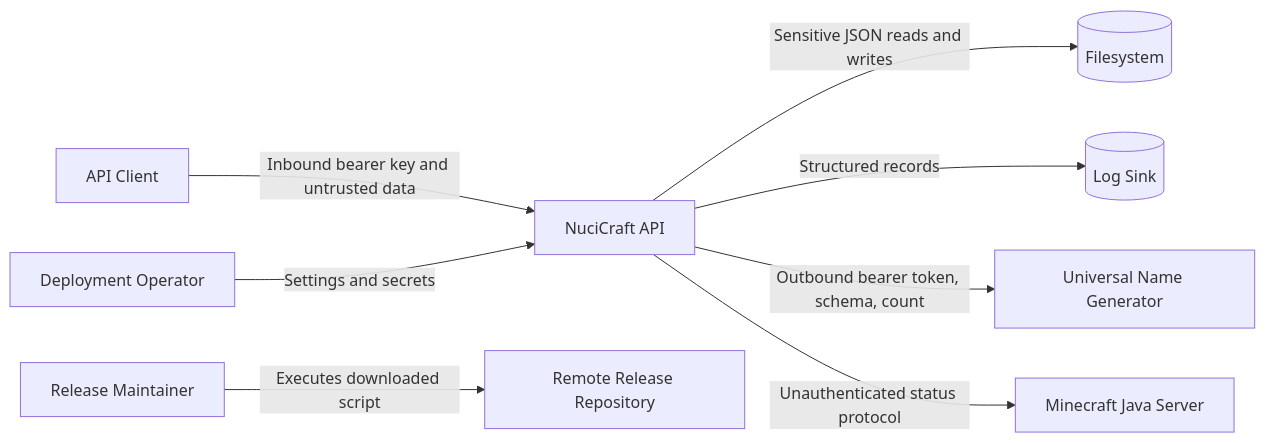
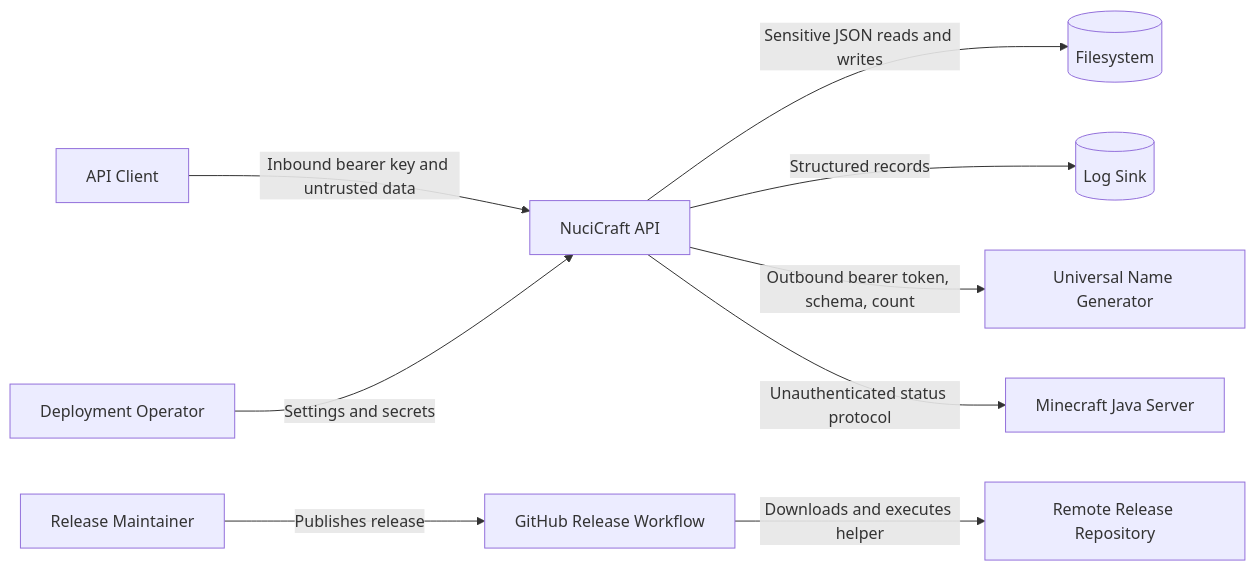
One commit to hmlendea/nucicraft-api changed the diagram in docs/security.md. Above: the diagram before and after it, drawn with Mermaid. The commit also changed other lines of this file and 15 other files, not shown here.

Commit message:
ci: Created the GitHub Release workflow

````diff
--- a/docs/security.md
+++ b/docs/security.md
@@ -18,10 +18,11 @@
 ```mermaid
 flowchart LR
     Client[API Client] -->|Inbound bearer key and untrusted data| API[NuciCraft API]
     Operator[Deployment Operator] -->|Settings and secrets| API
     API -->|Sensitive JSON reads and writes| Files[(Filesystem)]
     API -->|Structured records| Logs[(Log Sink)]
     API -->|Outbound bearer token, schema, count| Generator[Universal Name Generator]
     API -->|Unauthenticated status protocol| Minecraft[Minecraft Java Server]
-    Maintainer[Release Maintainer] -->|Executes downloaded script| RemoteScript[Remote Release Repository]
+    Maintainer[Release Maintainer] -->|Publishes release| ReleaseWorkflow[GitHub Release Workflow]
+    ReleaseWorkflow -->|Downloads and executes helper| RemoteScript[Remote Release Repository]
 ```
````
